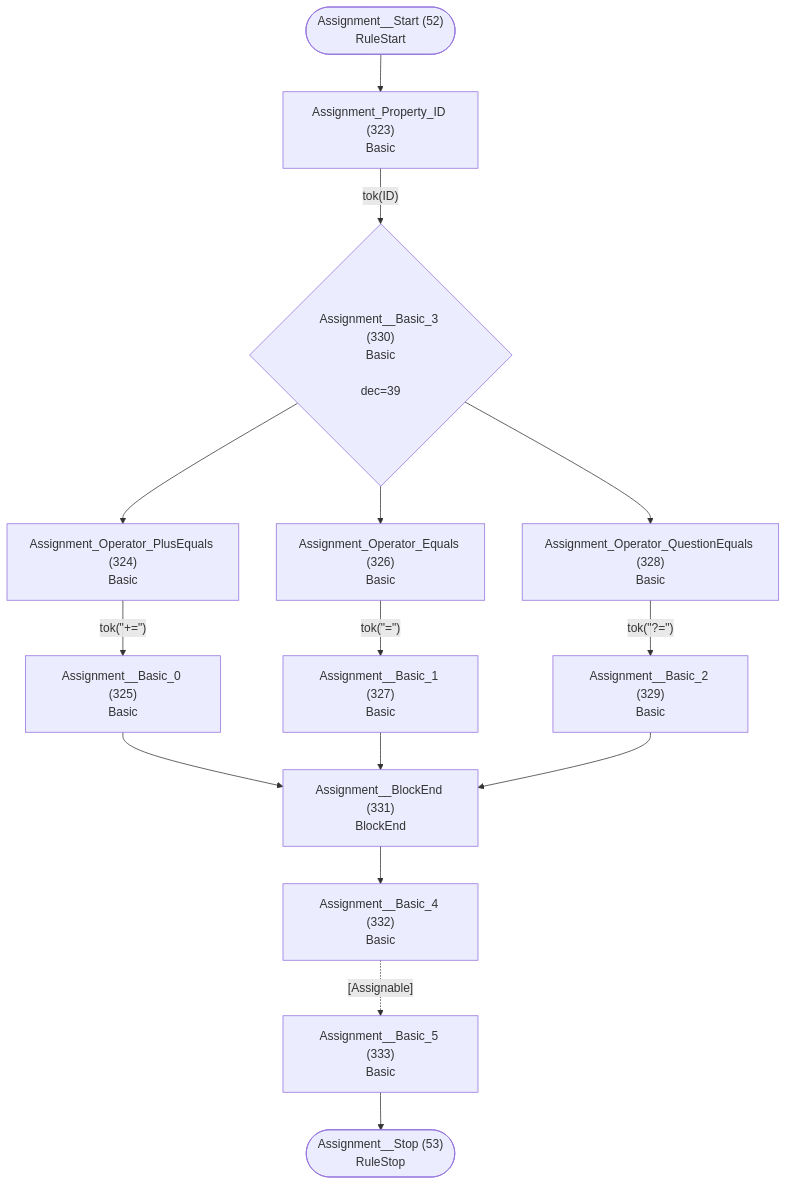
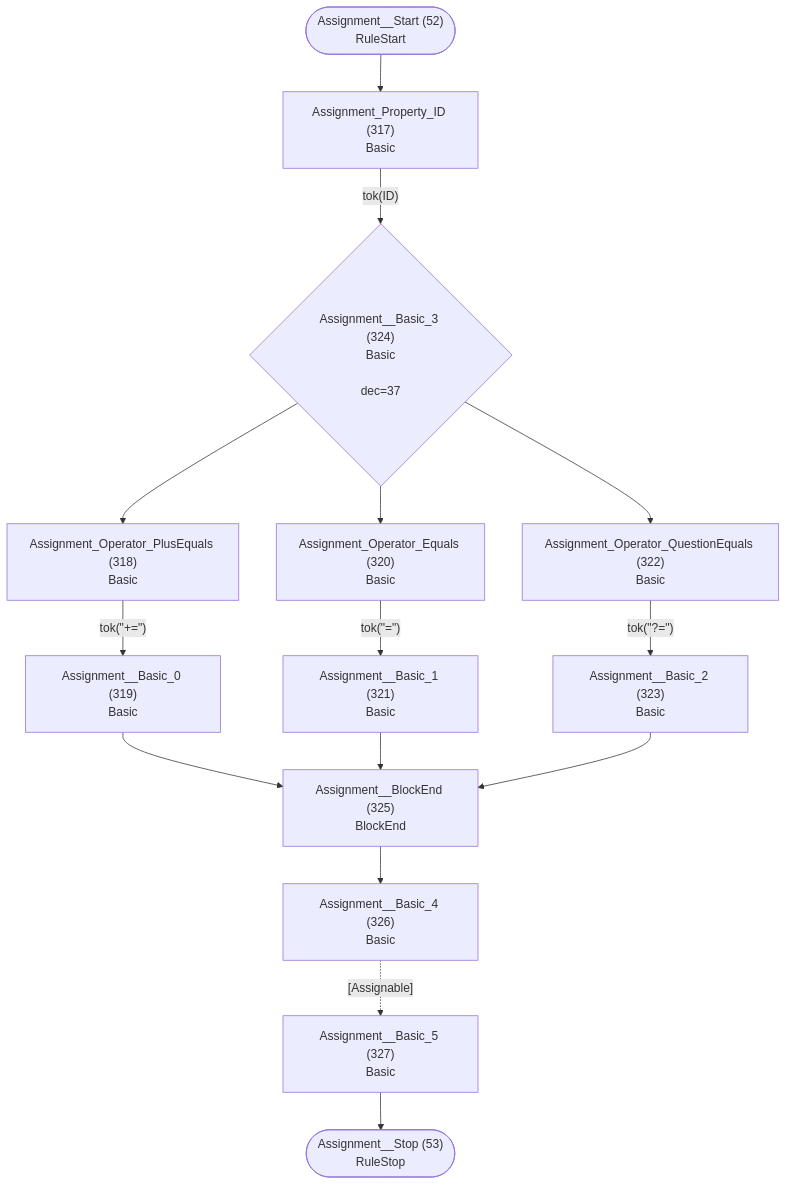
Before and after one commit to TypeFox/fastbelt: diagram 27 of 40 in internal/grammar/atn.md, drawn with Mermaid. The commit also changed other lines of this file and 12 other files, not shown here.

````diff
--- a/internal/grammar/atn.md
+++ b/internal/grammar/atn.md
@@ -806,31 +792,31 @@
 ```mermaid
 flowchart TD
     q52(["Assignment__Start (52)<br/>RuleStart"])
     q53(["Assignment__Stop (53)<br/>RuleStop"])
-    q323["Assignment_Property_ID (323)<br/>Basic<br/>"]
-    q324["Assignment_Operator_PlusEquals (324)<br/>Basic<br/>"]
-    q325["Assignment__Basic_0 (325)<br/>Basic<br/>"]
-    q326["Assignment_Operator_Equals (326)<br/>Basic<br/>"]
-    q327["Assignment__Basic_1 (327)<br/>Basic<br/>"]
-    q328["Assignment_Operator_QuestionEquals (328)<br/>Basic<br/>"]
-    q329["Assignment__Basic_2 (329)<br/>Basic<br/>"]
-    q330{"Assignment__Basic_3 (330)<br/>Basic<br/><br/>dec=39"}
-    q331["Assignment__BlockEnd (331)<br/>BlockEnd<br/>"]
-    q332["Assignment__Basic_4 (332)<br/>Basic<br/>"]
-    q333["Assignment__Basic_5 (333)<br/>Basic<br/>"]
+    q317["Assignment_Property_ID (317)<br/>Basic<br/>"]
+    q318["Assignment_Operator_PlusEquals (318)<br/>Basic<br/>"]
+    q319["Assignment__Basic_0 (319)<br/>Basic<br/>"]
+    q320["Assignment_Operator_Equals (320)<br/>Basic<br/>"]
+    q321["Assignment__Basic_1 (321)<br/>Basic<br/>"]
+    q322["Assignment_Operator_QuestionEquals (322)<br/>Basic<br/>"]
+    q323["Assignment__Basic_2 (323)<br/>Basic<br/>"]
+    q324{"Assignment__Basic_3 (324)<br/>Basic<br/><br/>dec=37"}
+    q325["Assignment__BlockEnd (325)<br/>BlockEnd<br/>"]
+    q326["Assignment__Basic_4 (326)<br/>Basic<br/>"]
+    q327["Assignment__Basic_5 (327)<br/>Basic<br/>"]
 
-    q52 --> q323
-    q323 -->|"tok(ID)"| q330
-    q324 -->|"tok(&quot;+=&quot;)"| q325
-    q325 --> q331
-    q326 -->|"tok(&quot;=&quot;)"| q327
-    q327 --> q331
-    q328 -->|"tok(&quot;?=&quot;)"| q329
-    q329 --> q331
-    q330 --> q324
-    q330 --> q326
-    q330 --> q328
-    q331 --> q332
-    q332 -.->|"[Assignable]"| q333
-    q333 --> q53
+    q52 --> q317
+    q317 -->|"tok(ID)"| q324
+    q318 -->|"tok(&quot;+=&quot;)"| q319
+    q319 --> q325
+    q320 -->|"tok(&quot;=&quot;)"| q321
+    q321 --> q325
+    q322 -->|"tok(&quot;?=&quot;)"| q323
+    q323 --> q325
+    q324 --> q318
+    q324 --> q320
+    q324 --> q322
+    q325 --> q326
+    q326 -.->|"[Assignable]"| q327
+    q327 --> q53
 ```
````
